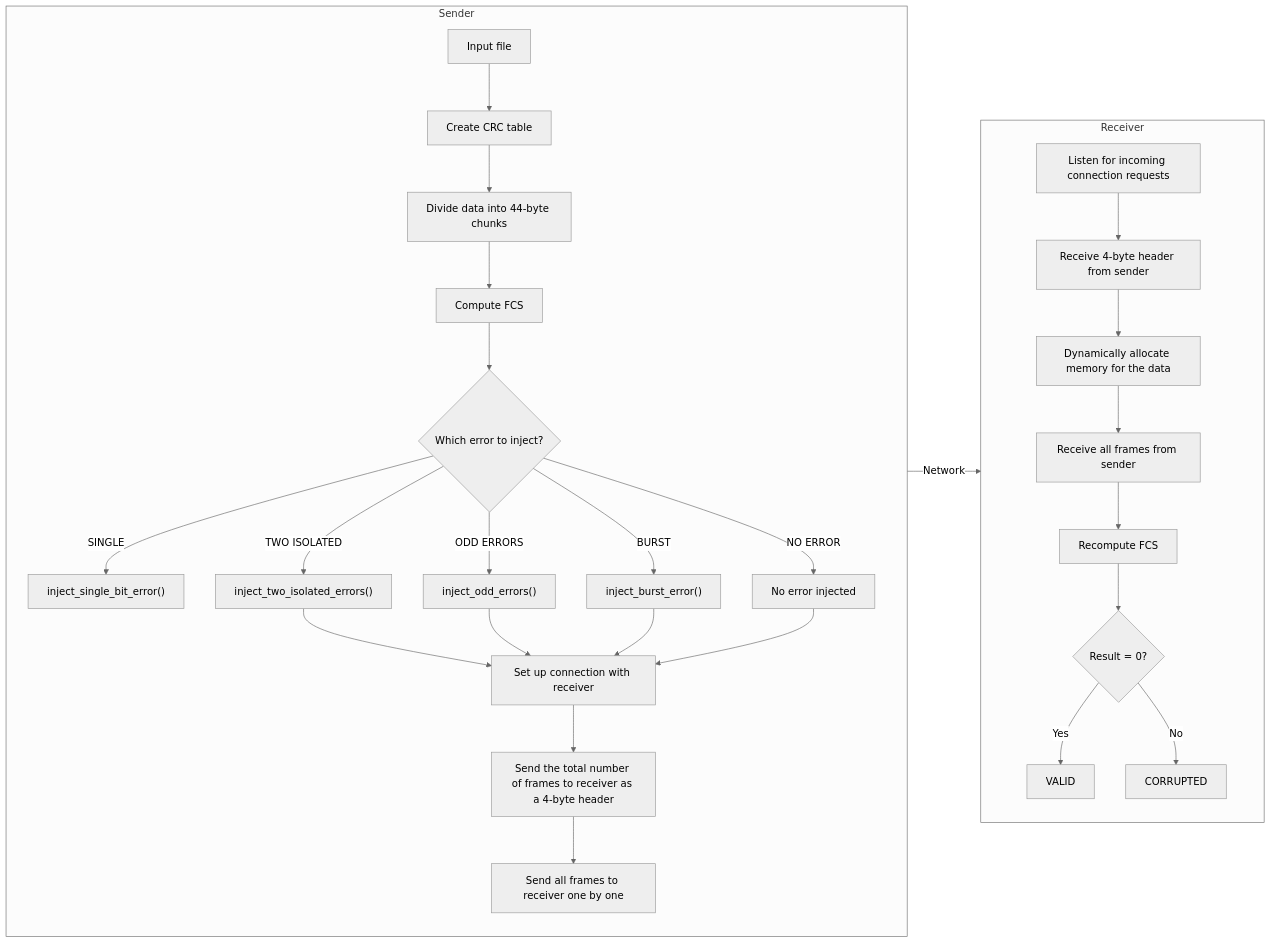
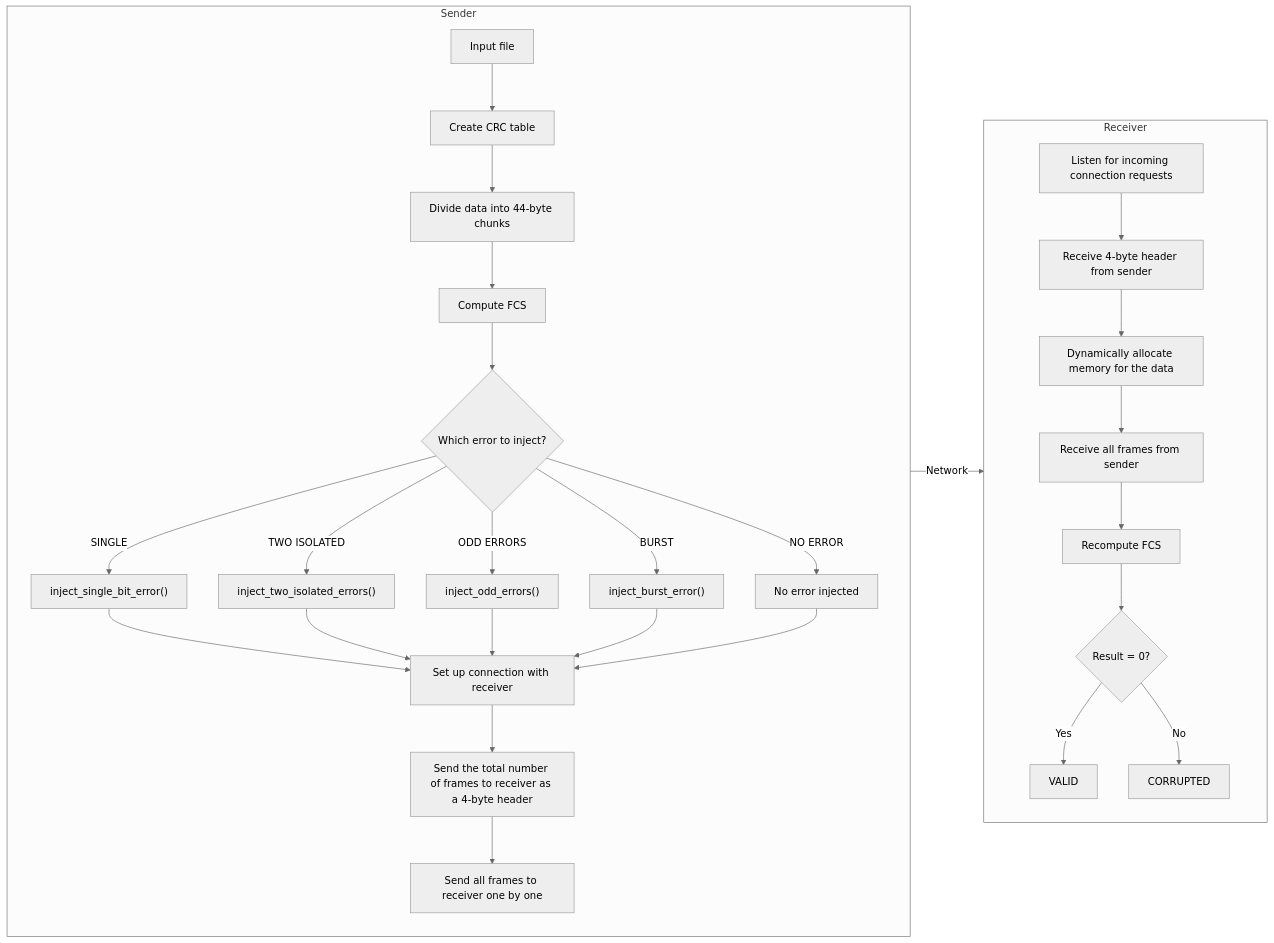
Before and after one commit to Ahnik/network_lab: the diagram in assignment-1/project_report.md, drawn with Mermaid (neutral theme). The commit also changed other lines of this file and 2 other files, not shown here.

````diff
--- a/assignment-1/project_report.md
+++ b/assignment-1/project_report.md
@@ -52,34 +52,35 @@
 ```mermaid
 flowchart LR
     subgraph Sender [Sender]
         direction TB
         A["Input file"] --> B["Create CRC table"]
         B --> C["Divide data into 44-byte chunks"]
         C --> D["Compute FCS"]
         D --> E{"Which error to inject?"}
         E -- "SINGLE" --> F["inject_single_bit_error()"]
         E -- "TWO ISOLATED" --> G["inject_two_isolated_errors()"]
         E -- "ODD ERRORS" --> H["inject_odd_errors()"]
         E -- "BURST" --> I["inject_burst_error()"]
         E -- "NO ERROR" --> J["No error injected"]
-        G --> K["Set up connection with receiver"]
+        F --> K["Set up connection with receiver"]
+        G --> K
         H --> K
         I --> K
         J --> K
         K --> L["Send the total number of frames to receiver as a 4-byte header"]
         L --> M["Send all frames to receiver one by one"]
     end
 
     subgraph Receiver [Receiver]
         direction TB
         N["Listen for incoming connection requests"] --> O["Receive 4-byte header from sender"]
         O --> P["Dynamically allocate memory for the data"]
         P --> Q["Receive all frames from sender"]
         Q --> R["Recompute FCS"]
         R --> S{"Result = 0?"}
         S -- "Yes" --> T["VALID"]
         S -- "No" --> U["CORRUPTED"]
     end
 
     M -- "Network" --> N
 ```
````
